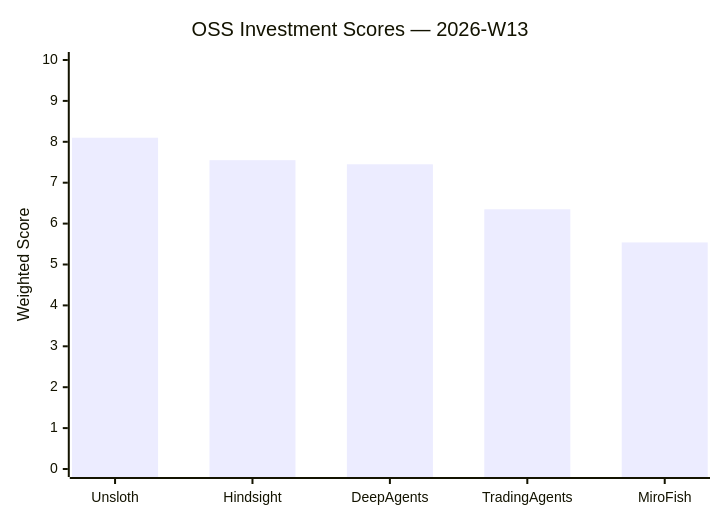
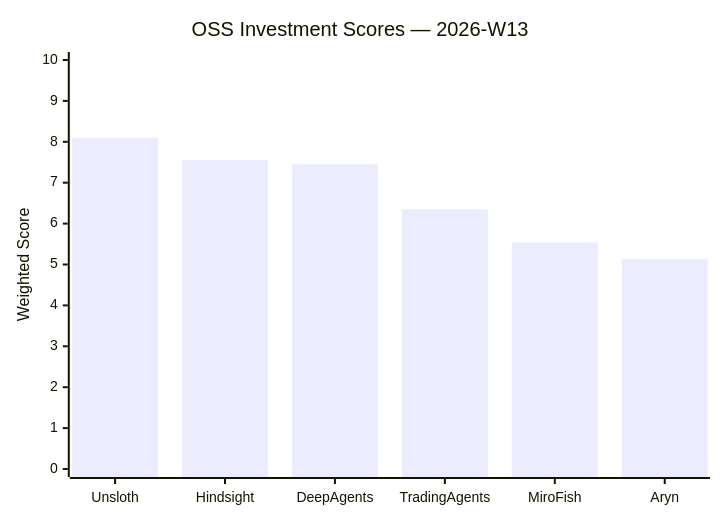
The first of 5 diagrams in README.md (el09xccxy-stack/agentvc-index), drawn with Mermaid before and after one commit. The commit also changed other lines of this file, not shown here.

Commit message:
docs: update README charts with Aryn case

````diff
--- a/README.md
+++ b/README.md
@@ -28,7 +28,7 @@
 ```mermaid
 xychart-beta
     title "OSS Investment Scores — 2026-W13"
-    x-axis ["Unsloth", "Hindsight", "DeepAgents", "TradingAgents", "MiroFish"]
+    x-axis ["Unsloth", "Hindsight", "DeepAgents", "TradingAgents", "MiroFish", "Aryn"]
     y-axis "Weighted Score" 0 --> 10
-    bar [8.10, 7.55, 7.45, 6.35, 5.54]
+    bar [8.10, 7.55, 7.45, 6.35, 5.54, 5.13]
 ```
````
